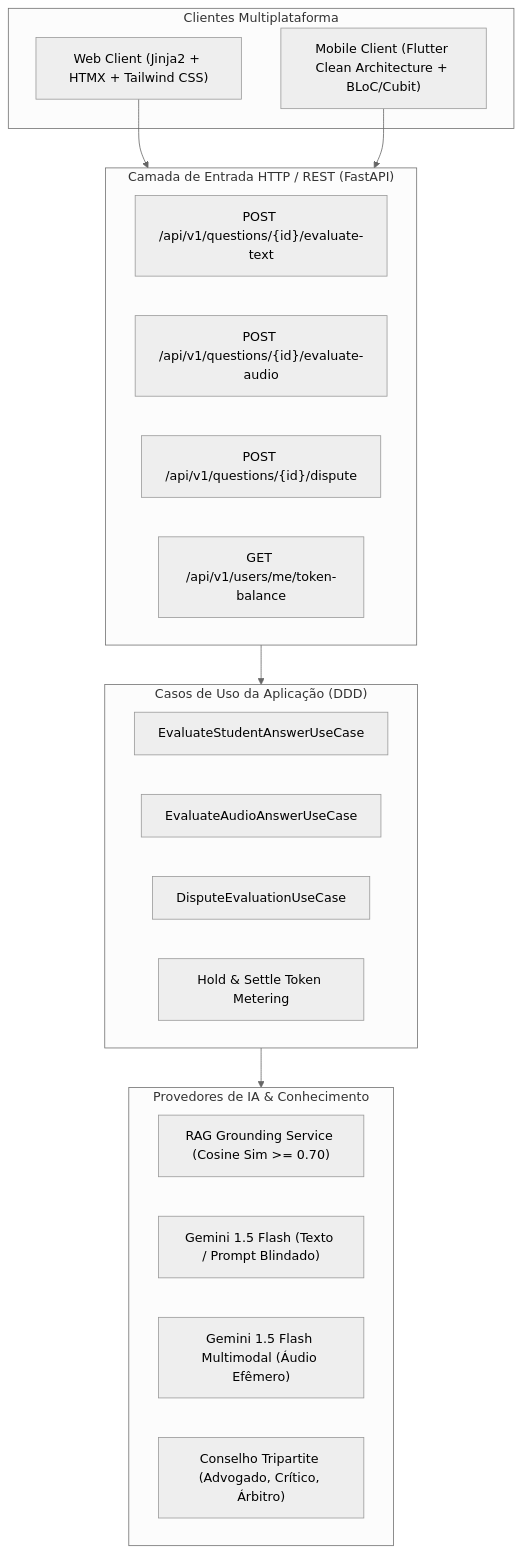
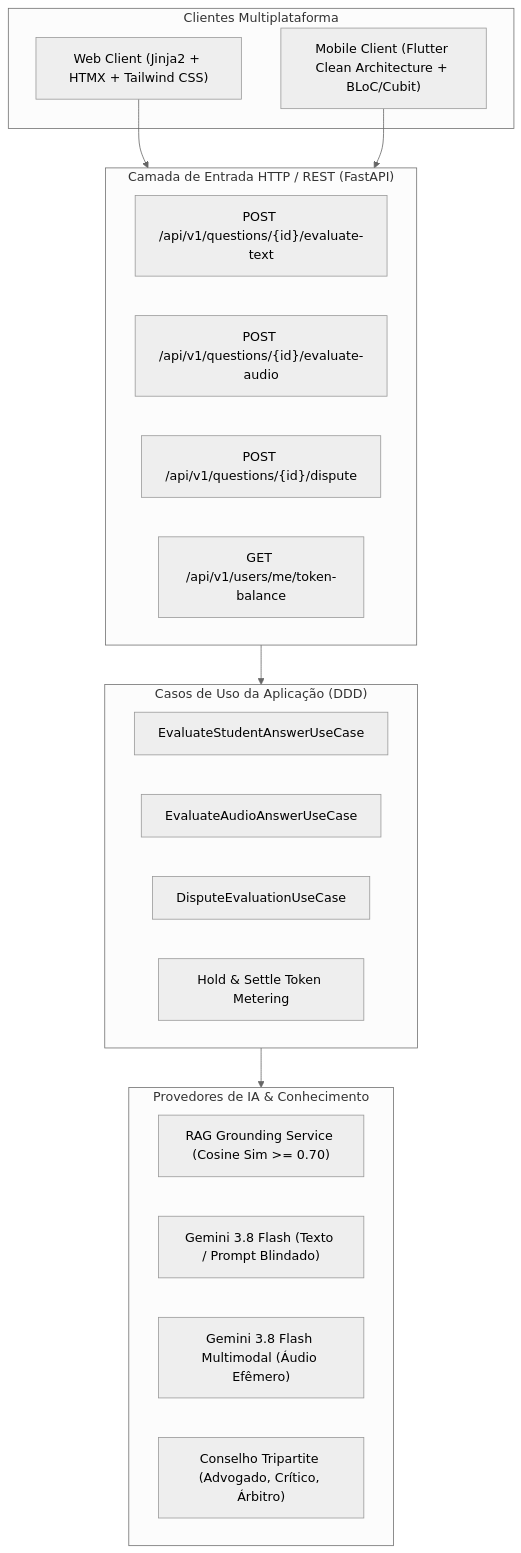
The first of 2 diagrams in docs/specs/sprint-10-ai-unified-evaluation-web-mobile-spec.md (gabrielffreitas94-commits/study_reviewer), drawn with Mermaid (neutral theme) before and after one commit. The commit also changed 12 other files, not shown here.

Commit message:
feat(ai): upgrade foundational evaluation model to gemini-3.8-flash across web and backend

````diff
--- a/docs/specs/sprint-10-ai-unified-evaluation-web-mobile-spec.md
+++ b/docs/specs/sprint-10-ai-unified-evaluation-web-mobile-spec.md
@@ -16,33 +16,33 @@
 ```mermaid
 flowchart TB
     subgraph Clients["Clientes Multiplataforma"]
         Web["Web Client (Jinja2 + HTMX + Tailwind CSS)"]
         Mobile["Mobile Client (Flutter Clean Architecture + BLoC/Cubit)"]
     end
 
     subgraph API_Gateway["Camada de Entrada HTTP / REST (FastAPI)"]
         CtrlText["POST /api/v1/questions/{id}/evaluate-text"]
         CtrlAudio["POST /api/v1/questions/{id}/evaluate-audio"]
         CtrlDispute["POST /api/v1/questions/{id}/dispute"]
         CtrlBalance["GET /api/v1/users/me/token-balance"]
     end
 
     subgraph Application["Casos de Uso da Aplicação (DDD)"]
         UCText["EvaluateStudentAnswerUseCase"]
         UCAudio["EvaluateAudioAnswerUseCase"]
         UCDispute["DisputeEvaluationUseCase"]
         UCToken["Hold & Settle Token Metering"]
     end
 
     subgraph Intelligence["Provedores de IA & Conhecimento"]
         RAG["RAG Grounding Service (Cosine Sim >= 0.70)"]
-        GeminiFlash["Gemini 1.5 Flash (Texto / Prompt Blindado)"]
-        GeminiMulti["Gemini 1.5 Flash Multimodal (Áudio Efêmero)"]
+        GeminiFlash["Gemini 3.8 Flash (Texto / Prompt Blindado)"]
+        GeminiMulti["Gemini 3.8 Flash Multimodal (Áudio Efêmero)"]
         Tribunal["Conselho Tripartite (Advogado, Crítico, Árbitro)"]
     end
 
     Web --> API_Gateway
     Mobile --> API_Gateway
     API_Gateway --> Application
     Application --> Intelligence
 ```
````
